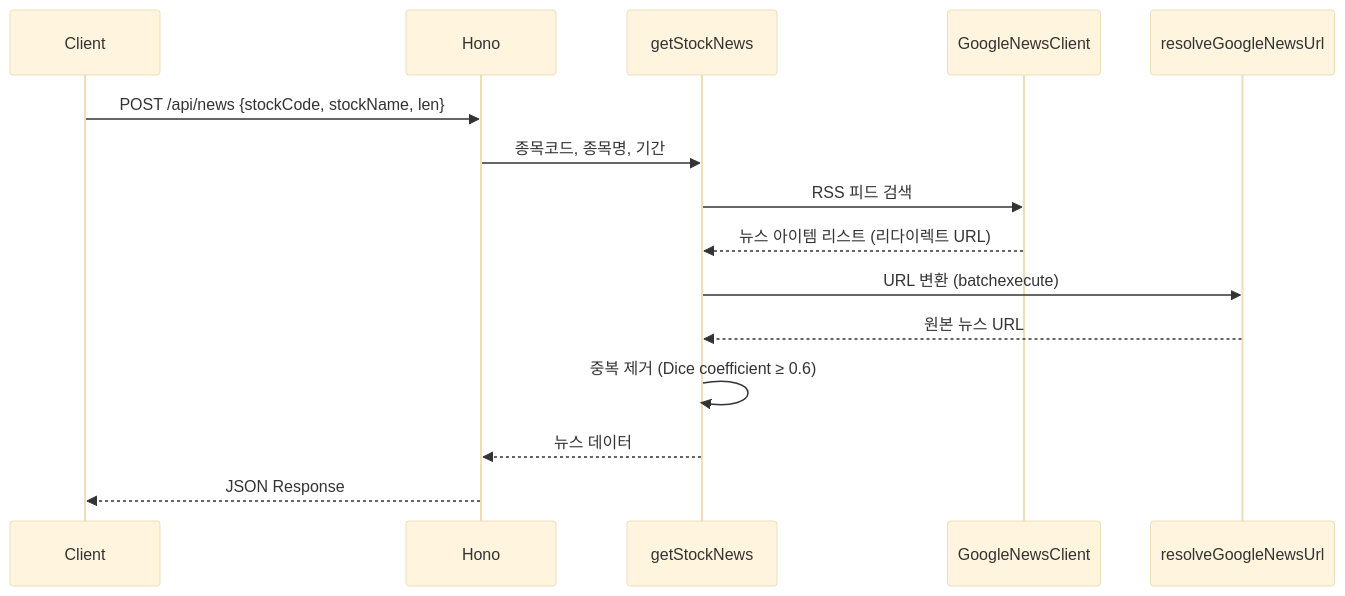
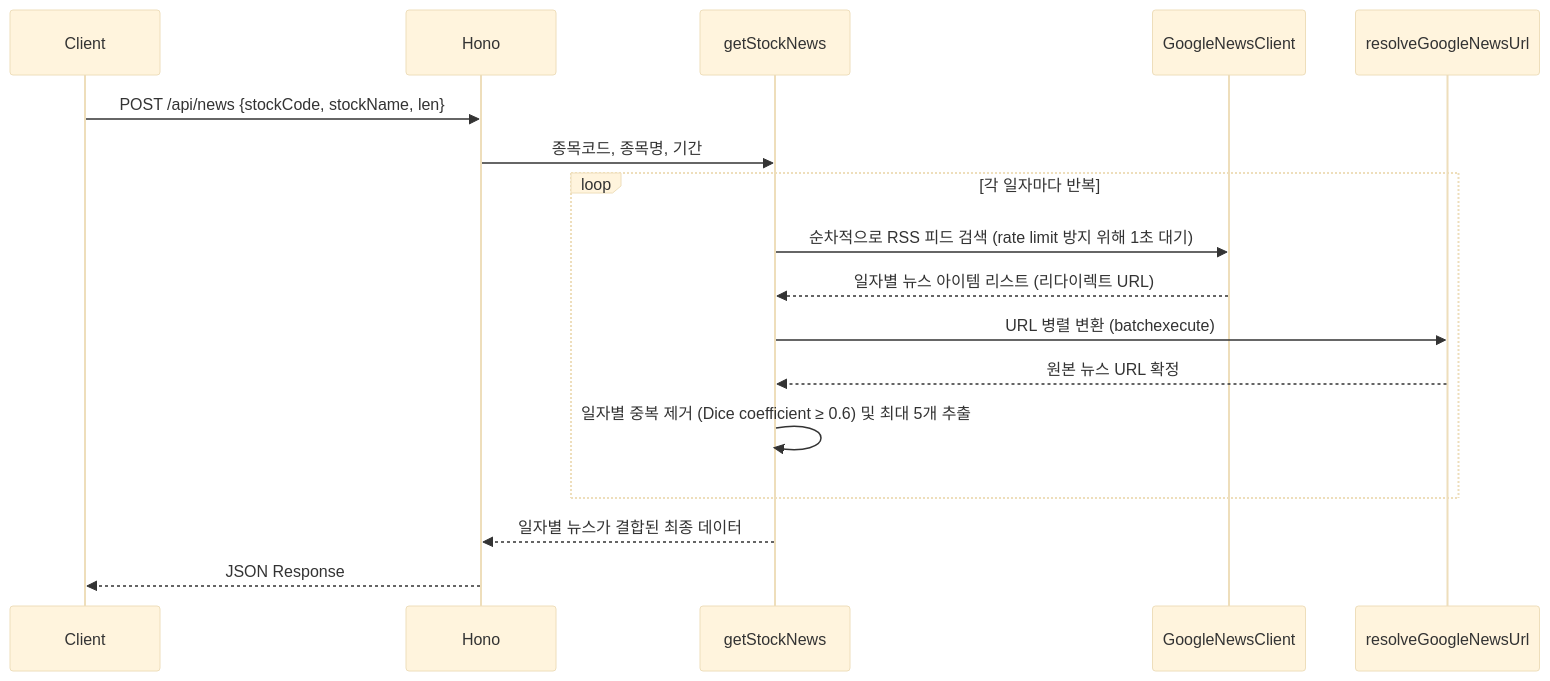
One commit to CaffeinCoding/Daily-Stock-Spoon-Server changed the third of 3 diagrams in docs/Architecture.md. Above: the diagram before and after it, drawn with Mermaid (base theme). The commit also changed other lines of this file and 9 other files, not shown here.

````diff
--- a/docs/Architecture.md
+++ b/docs/Architecture.md
@@ -134,12 +137,14 @@
 ```mermaid
 sequenceDiagram
     Client->>Hono: POST /api/news {stockCode, stockName, len}
     Hono->>getStockNews: 종목코드, 종목명, 기간
-    getStockNews->>GoogleNewsClient: RSS 피드 검색
-    GoogleNewsClient-->>getStockNews: 뉴스 아이템 리스트 (리다이렉트 URL)
-    getStockNews->>resolveGoogleNewsUrl: URL 변환 (batchexecute)
-    resolveGoogleNewsUrl-->>getStockNews: 원본 뉴스 URL
-    getStockNews->>getStockNews: 중복 제거 (Dice coefficient ≥ 0.6)
-    getStockNews-->>Hono: 뉴스 데이터
+    loop 각 일자마다 반복
+        getStockNews->>GoogleNewsClient: 순차적으로 RSS 피드 검색 (rate limit 방지 위해 1초 대기)
+        GoogleNewsClient-->>getStockNews: 일자별 뉴스 아이템 리스트 (리다이렉트 URL)
+        getStockNews->>resolveGoogleNewsUrl: URL 병렬 변환 (batchexecute)
+        resolveGoogleNewsUrl-->>getStockNews: 원본 뉴스 URL 확정
+        getStockNews->>getStockNews: 일자별 중복 제거 (Dice coefficient ≥ 0.6) 및 최대 5개 추출
+    end
+    getStockNews-->>Hono: 일자별 뉴스가 결합된 최종 데이터
     Hono-->>Client: JSON Response
 ```
````
